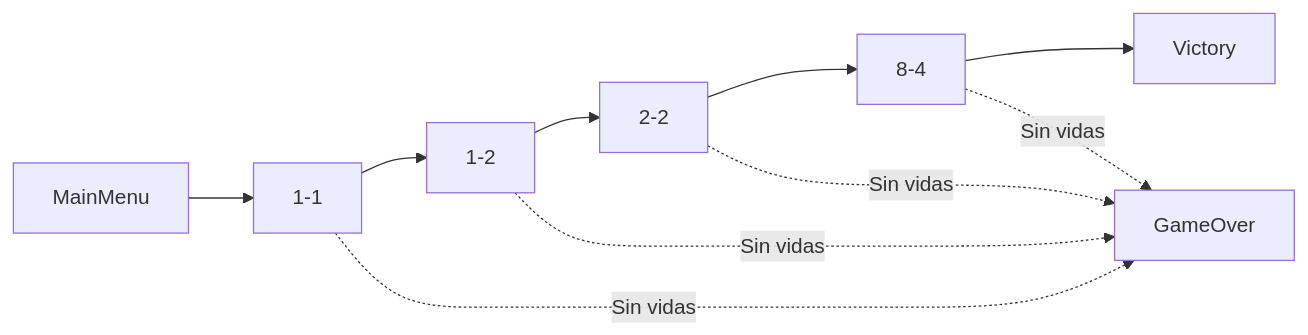
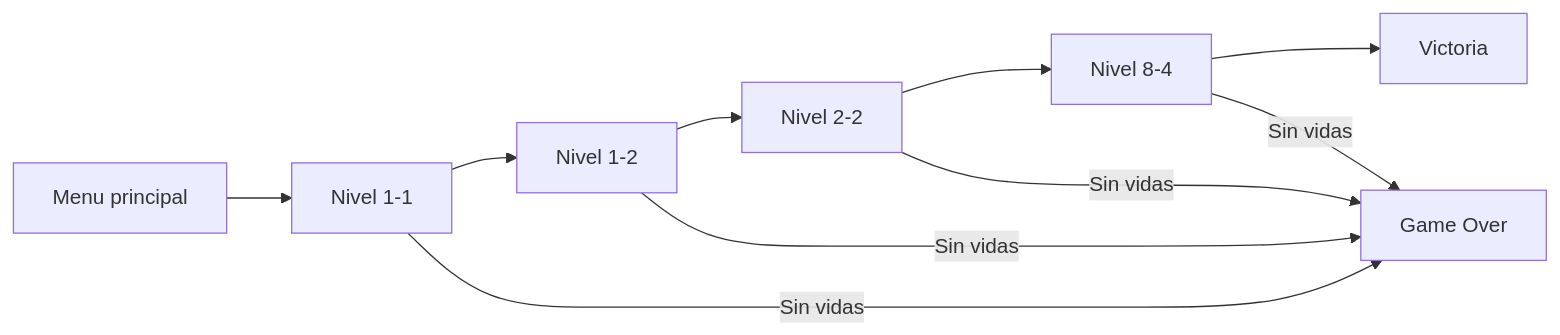
Before and after one commit to vicentesystemdev/SuperMarioVicente: the first of 2 diagrams in README.md, drawn with Mermaid. The commit also changed other lines of this file, not shown here.

Commit message:
docs: corregir diagramas Mermaid del README

````diff
--- a/README.md
+++ b/README.md
@@ -69,12 +69,12 @@
 ```mermaid
 flowchart LR
-    A[MainMenu] --> B[1-1]
-    B --> C[1-2]
-    C --> D[2-2]
-    D --> E[8-4]
-    E --> F[Victory]
-    B -. Sin vidas .-> G[GameOver]
-    C -. Sin vidas .-> G
-    D -. Sin vidas .-> G
-    E -. Sin vidas .-> G
+    menu["Menu principal"] --> n11["Nivel 1-1"]
+    n11 --> n12["Nivel 1-2"]
+    n12 --> n22["Nivel 2-2"]
+    n22 --> n84["Nivel 8-4"]
+    n84 --> victoria["Victoria"]
+    n11 -->|Sin vidas| gameover["Game Over"]
+    n12 -->|Sin vidas| gameover
+    n22 -->|Sin vidas| gameover
+    n84 -->|Sin vidas| gameover
 ```
````
